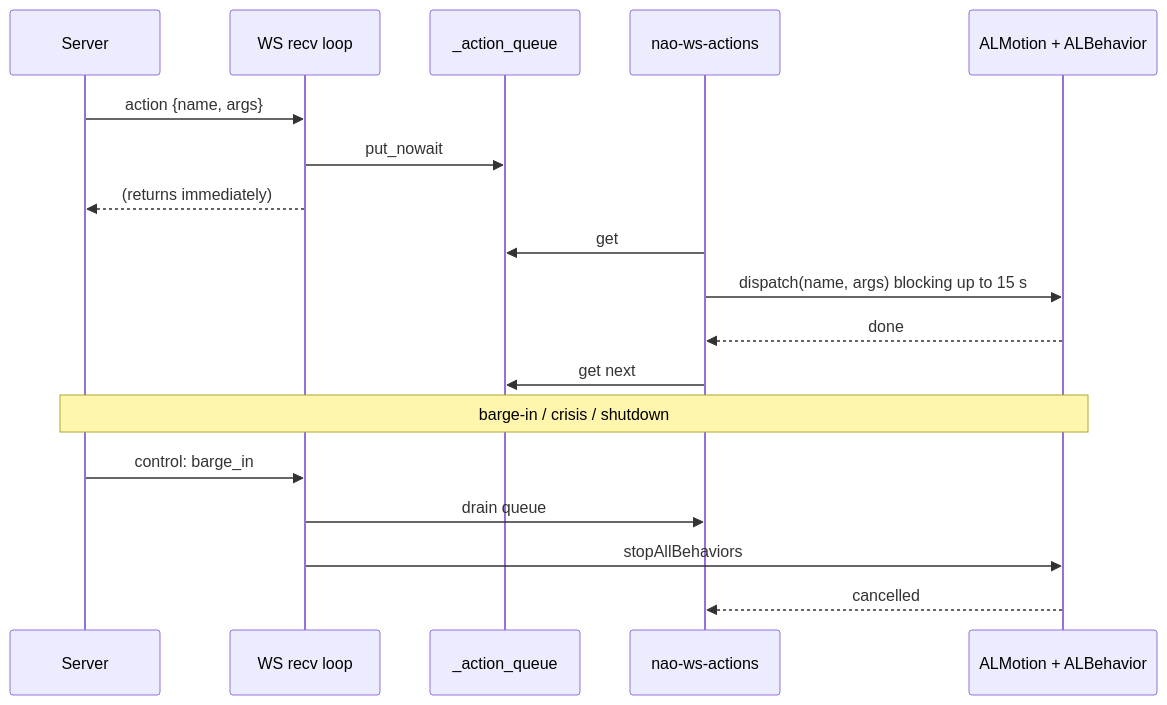
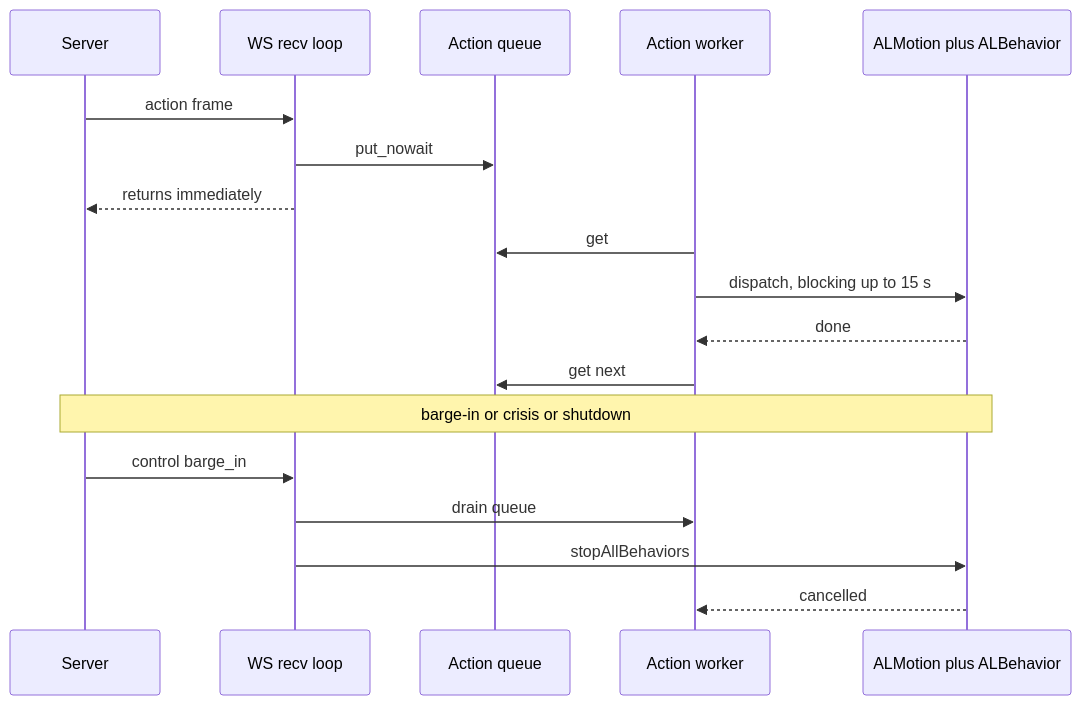
One commit to theaayushstha1/Nao-OpenAI-Morgan-Assist changed the sixth of 8 diagrams in README.md. Above: the diagram before and after it, drawn with Mermaid. The commit also changed other lines of this file, not shown here.

First line of the commit message:
README: bulletproof every mermaid label, remove arrow-in-message

````diff
--- a/README.md
+++ b/README.md
@@ -250,22 +250,22 @@
 ```mermaid
 sequenceDiagram
     participant Server
     participant Recv as WS recv loop
-    participant Q as _action_queue
-    participant Worker as nao-ws-actions
-    participant NAO as ALMotion + ALBehavior
+    participant Q as Action queue
+    participant Worker as Action worker
+    participant NAO as ALMotion plus ALBehavior
 
-    Server->>Recv: action {name, args}
+    Server->>Recv: action frame
     Recv->>Q: put_nowait
-    Recv-->>Server: (returns immediately)
+    Recv-->>Server: returns immediately
     Worker->>Q: get
-    Worker->>NAO: dispatch(name, args) blocking up to 15 s
+    Worker->>NAO: dispatch, blocking up to 15 s
     NAO-->>Worker: done
     Worker->>Q: get next
 
-    Note over Server,NAO: barge-in / crisis / shutdown
-    Server->>Recv: control: barge_in
+    Note over Server,NAO: barge-in or crisis or shutdown
+    Server->>Recv: control barge_in
     Recv->>Worker: drain queue
     Recv->>NAO: stopAllBehaviors
     NAO-->>Worker: cancelled
 ```
````
